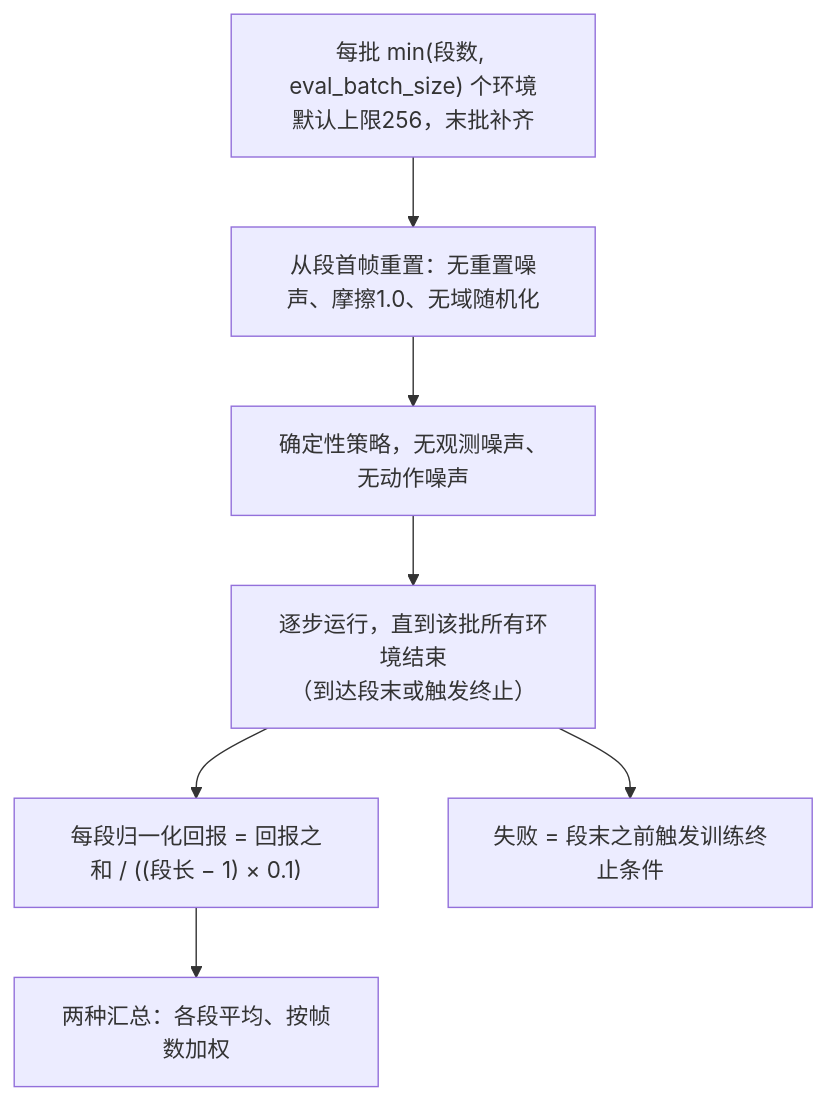
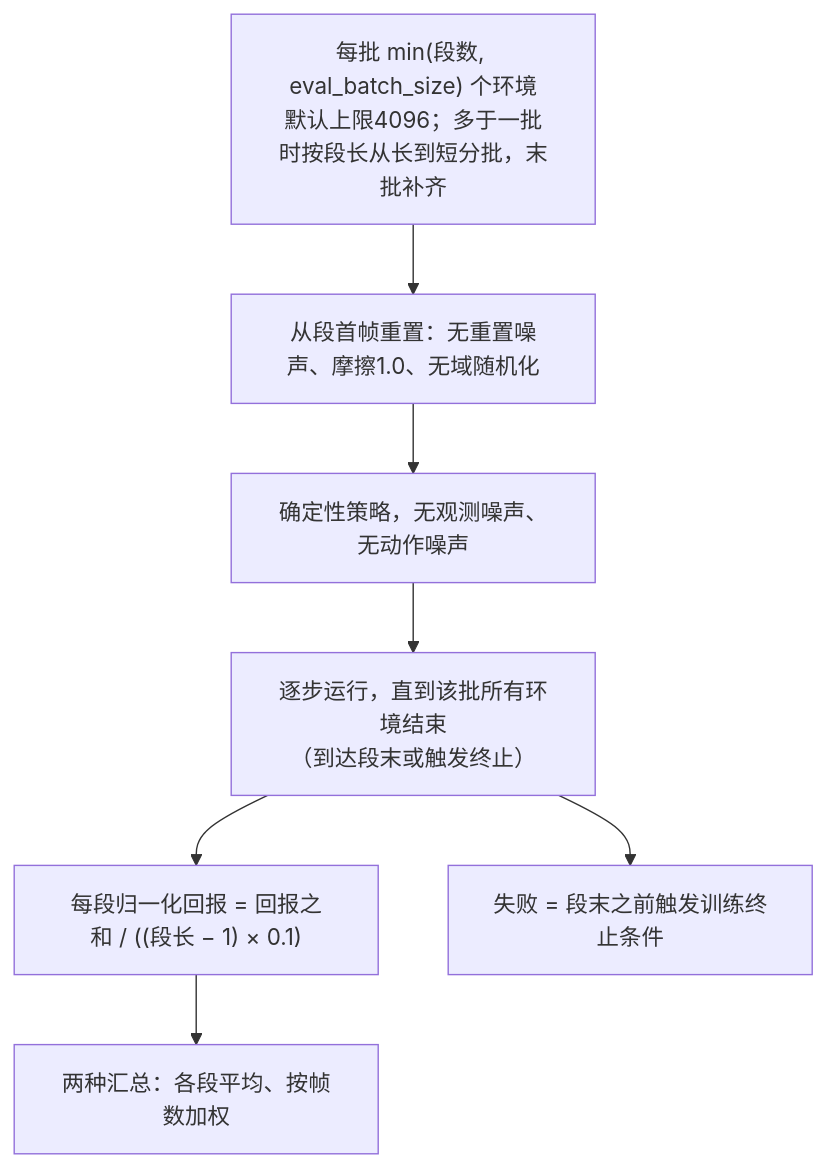
Before and after one commit to RaraAlu/Supermimic: the tenth of 10 diagrams in docs/analysis/training_pipeline.md, drawn with Mermaid. The commit also changed other lines of this file and 11 other files, not shown here.

````diff
--- a/docs/analysis/training_pipeline.md
+++ b/docs/analysis/training_pipeline.md
@@ -374,9 +383,9 @@
 ```mermaid
 flowchart TD
-    E0["每批 min(段数, eval_batch_size) 个环境<br/>默认上限256，末批补齐"] --> E1["从段首帧重置：无重置噪声、摩擦1.0、无域随机化"]
+    E0["每批 min(段数, eval_batch_size) 个环境<br/>默认上限4096；多于一批时按段长从长到短分批，末批补齐"] --> E1["从段首帧重置：无重置噪声、摩擦1.0、无域随机化"]
     E1 --> E2["确定性策略，无观测噪声、无动作噪声"]
     E2 --> E3["逐步运行，直到该批所有环境结束<br/>（到达段末或触发终止）"]
     E3 --> E4["每段归一化回报 = 回报之和 / ((段长 − 1) × 0.1)"]
     E4 --> E5["两种汇总：各段平均、按帧数加权"]
     E3 --> E6["失败 = 段末之前触发训练终止条件"]
 ```
````
